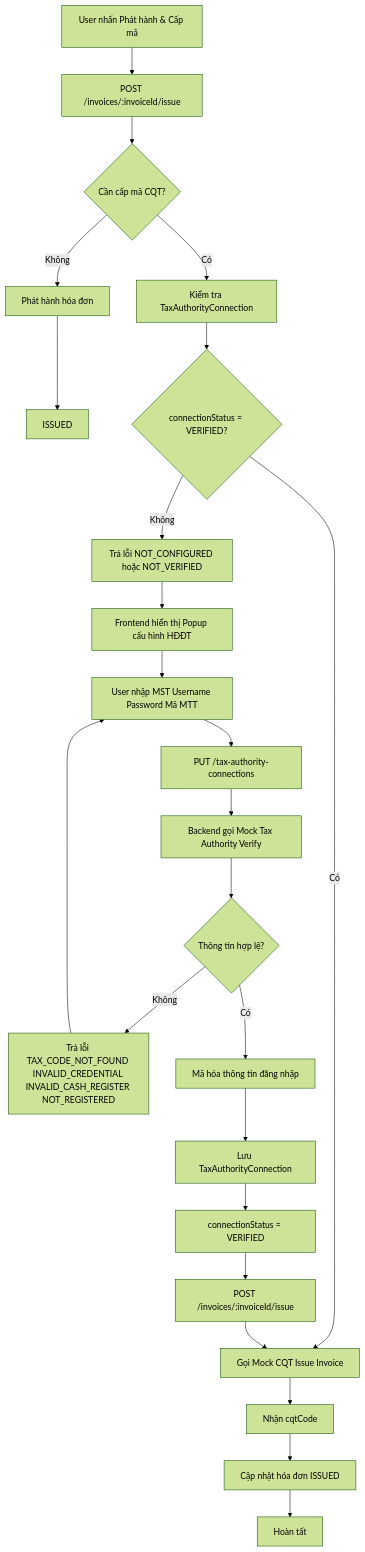
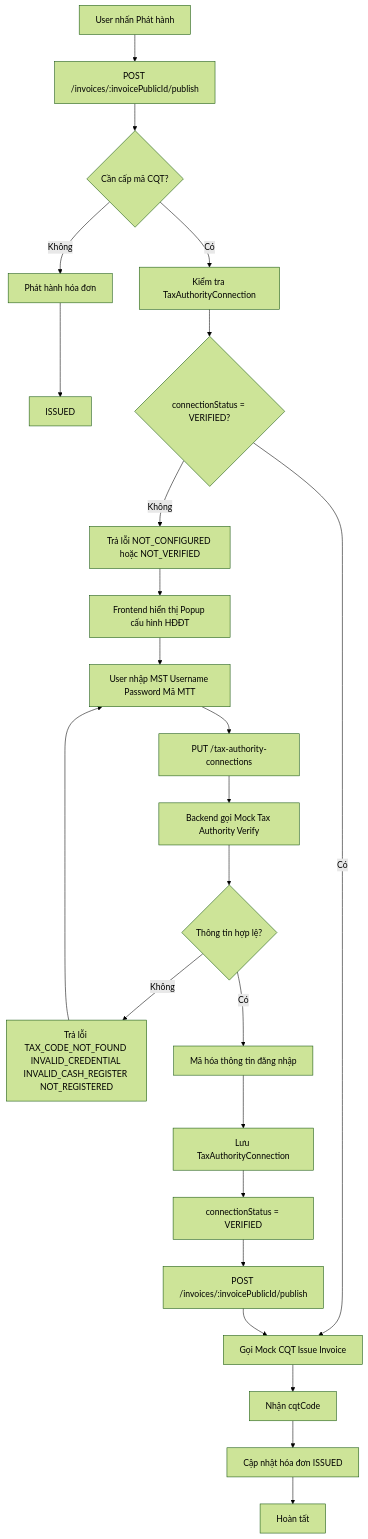
The diagram in src/tax-authority-connections/README.md (VUTRUONG-ML/financial-tax-BE), drawn with Mermaid (forest theme) before and after one commit. The commit also changed other lines of this file, not shown here.

````diff
--- a/src/tax-authority-connections/README.md
+++ b/src/tax-authority-connections/README.md
@@ -11,46 +11,46 @@
 ```mermaid
 graph TD
 
-A[User nhấn Phát hành & Cấp mã]
---> B["POST /invoices/:invoiceId/issue"]
+A[User nhấn Phát hành]
+--> B["POST /invoices/:invoicePublicId/publish"]
 
 B --> C{Cần cấp mã CQT?}
 
 C -- Không --> D[Phát hành hóa đơn]
 D --> E[ISSUED]
 
 C -- Có --> F[Kiểm tra TaxAuthorityConnection]
 
 F --> G{connectionStatus = VERIFIED?}
 
 G -- Có --> H[Gọi Mock CQT Issue Invoice]
 H --> I[Nhận cqtCode]
 I --> J[Cập nhật hóa đơn ISSUED]
 J --> K[Hoàn tất]
 
 G -- Không --> L[Trả lỗi NOT_CONFIGURED hoặc NOT_VERIFIED]
 
 L --> M[Frontend hiển thị Popup cấu hình HĐĐT]
 
 M --> N[User nhập MST Username Password Mã MTT]
 
 N --> O["PUT /tax-authority-connections"]
 
 O --> P[Backend gọi Mock Tax Authority Verify]
 
 P --> Q{Thông tin hợp lệ?}
 
 Q -- Không --> R[Trả lỗi TAX_CODE_NOT_FOUND INVALID_CREDENTIAL INVALID_CASH_REGISTER NOT_REGISTERED]
 
 R --> N
 
 Q -- Có --> S[Mã hóa thông tin đăng nhập]
 
 S --> T[Lưu TaxAuthorityConnection]
 
 T --> U[connectionStatus = VERIFIED]
 
-U --> V["POST /invoices/:invoiceId/issue"]
+U --> V["POST /invoices/:invoicePublicId/publish"]
 
 V --> H
 ```
````
